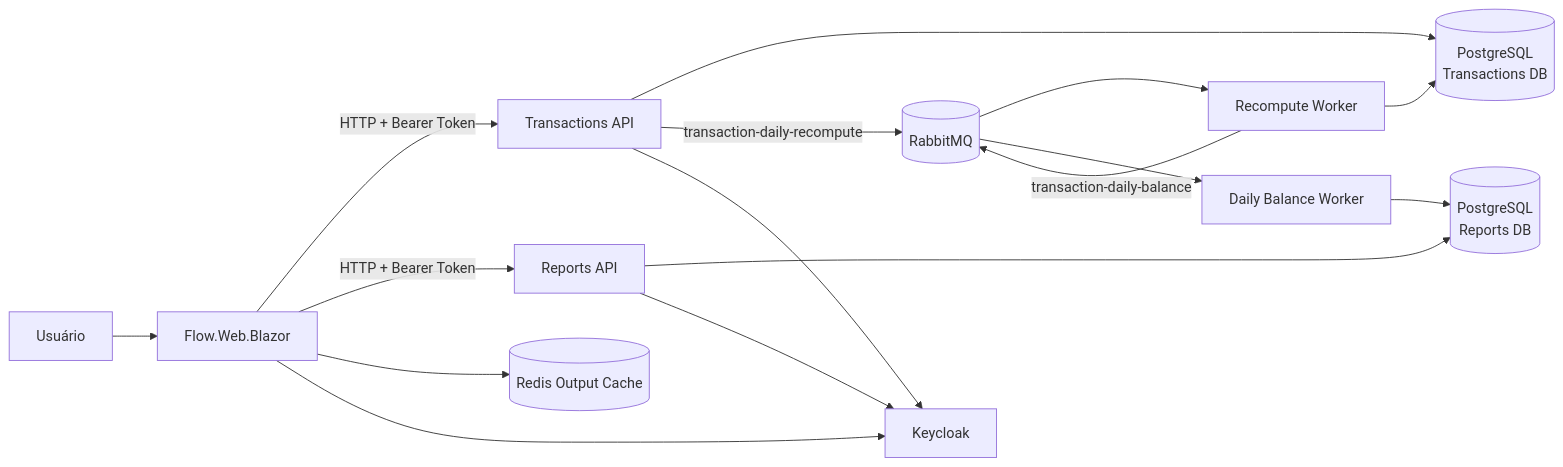
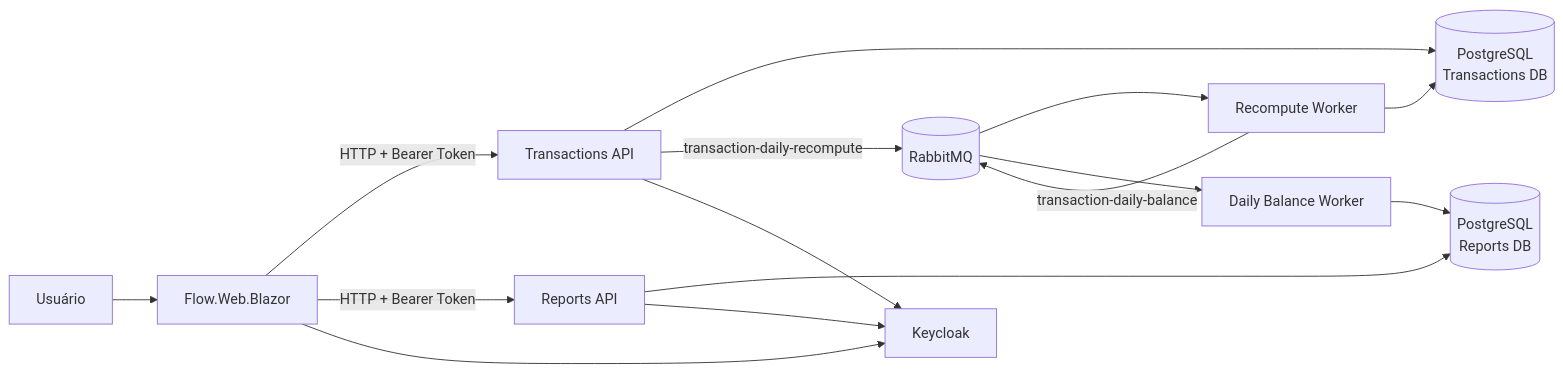
One commit to micheloliveira-com/flow-case changed the diagram in README.md. Above: the diagram before and after it, drawn with Mermaid. The commit also changed other lines of this file and 1 other file, not shown here.

Commit message:
docs(README): update Redis usage note

````diff
--- a/README.md
+++ b/README.md
@@ -25,21 +25,20 @@
 ```mermaid
 flowchart LR
     User[Usuário] --> Web[Flow.Web.Blazor]
     Web -->|HTTP + Bearer Token| TransactionsApi[Transactions API]
     Web -->|HTTP + Bearer Token| ReportsApi[Reports API]
 
     TransactionsApi --> TransactionsDb[(PostgreSQL<br/>Transactions DB)]
     ReportsApi --> ReportsDb[(PostgreSQL<br/>Reports DB)]
 
     TransactionsApi -->|transaction-daily-recompute| RabbitMQ[(RabbitMQ)]
     RabbitMQ --> TransactionsWorker[Recompute Worker]
     TransactionsWorker --> TransactionsDb
     TransactionsWorker -->|transaction-daily-balance| RabbitMQ
     RabbitMQ --> ReportsWorker[Daily Balance Worker]
     ReportsWorker --> ReportsDb
 
-    Web --> Redis[(Redis Output Cache)]
     Web --> Keycloak[Keycloak]
     TransactionsApi --> Keycloak
     ReportsApi --> Keycloak
 ```
````
